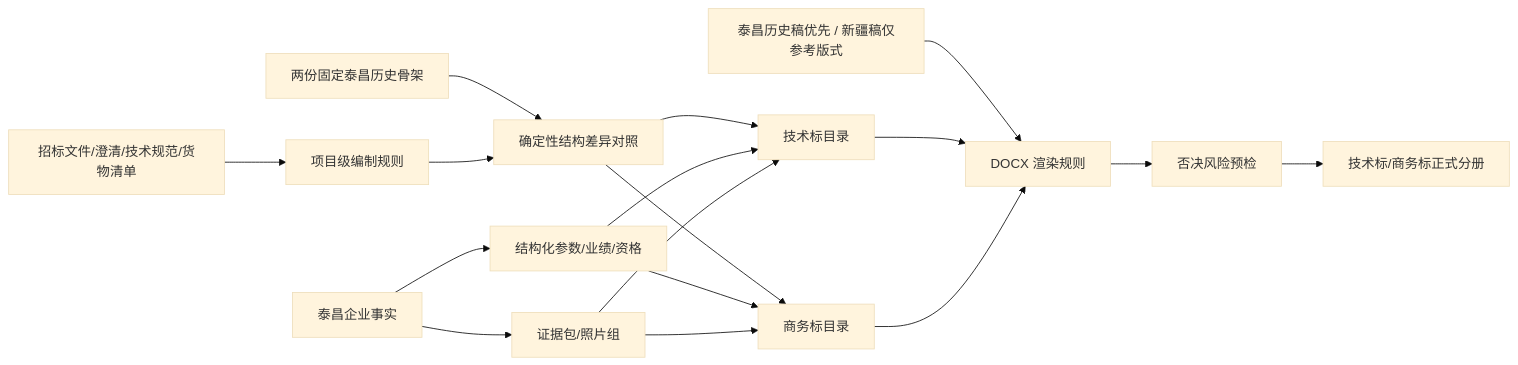
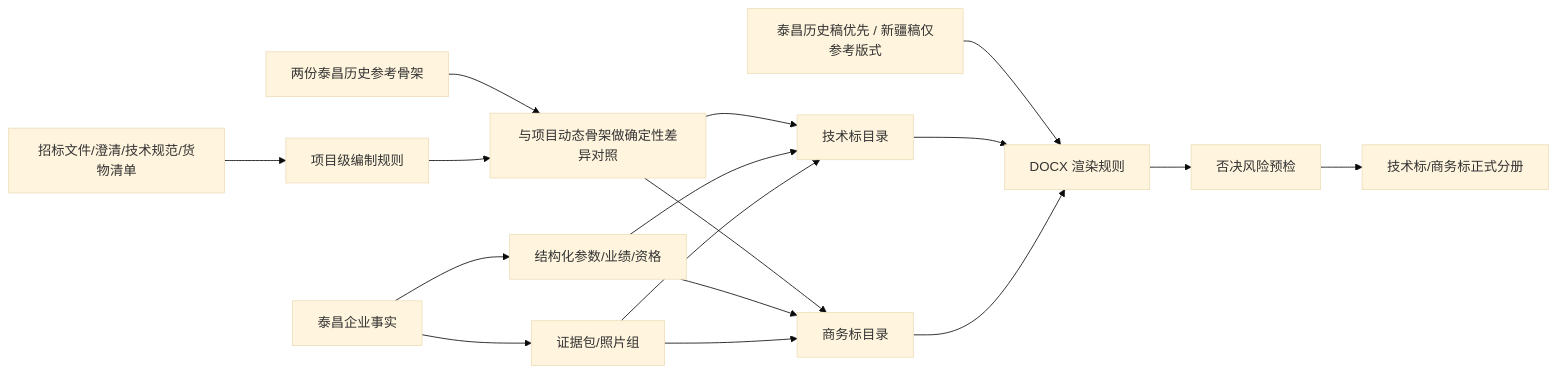
The diagram in docs/development/taichang-bid-template-requirements-research-20260711.md (sunShineLoveMe/ai_bidding_power_grid), drawn with Mermaid (base theme) before and after one commit. The commit also changed other lines of this file and 29 other files, not shown here.

````diff
--- a/docs/development/taichang-bid-template-requirements-research-20260711.md
+++ b/docs/development/taichang-bid-template-requirements-research-20260711.md
@@ -355,19 +355,19 @@
 ```mermaid
 flowchart LR
     A["招标文件/澄清/技术规范/货物清单"] --> B["项目级编制规则"]
-    T["两份固定泰昌历史骨架"] --> U["确定性结构差异对照"]
+    T["两份泰昌历史参考骨架"] --> U["与项目动态骨架做确定性差异对照"]
     B --> U
     U --> C["技术标目录"]
     U --> D["商务标目录"]
     E["泰昌企业事实"] --> F["结构化参数/业绩/资格"]
     E --> G["证据包/照片组"]
     F --> C
     F --> D
     G --> C
     G --> D
     H["泰昌历史稿优先 / 新疆稿仅参考版式"] --> I["DOCX 渲染规则"]
     C --> I
     D --> I
     I --> J["否决风险预检"]
     J --> K["技术标/商务标正式分册"]
 ```
````
